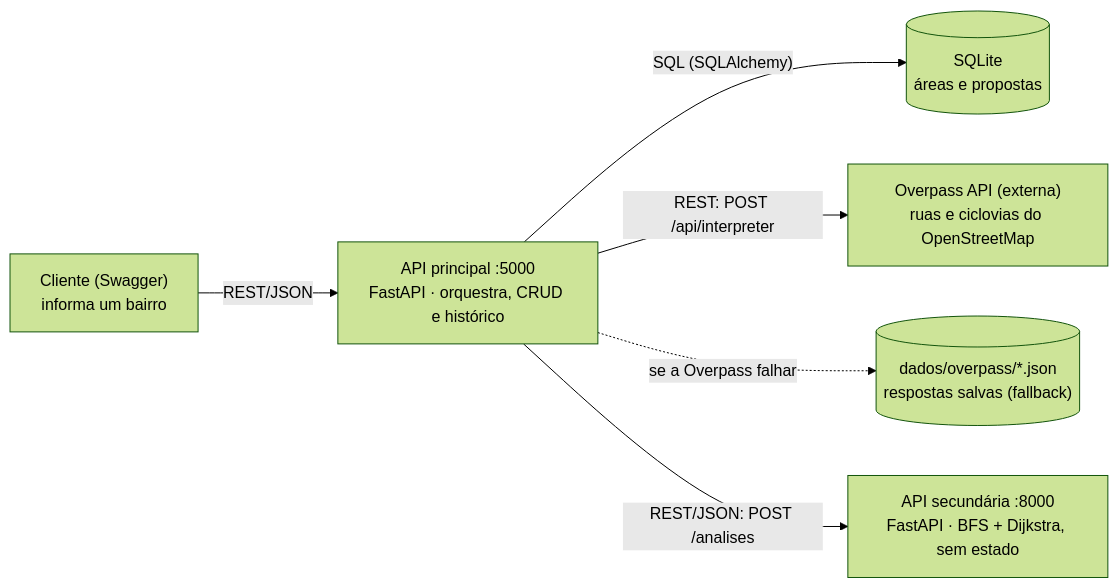
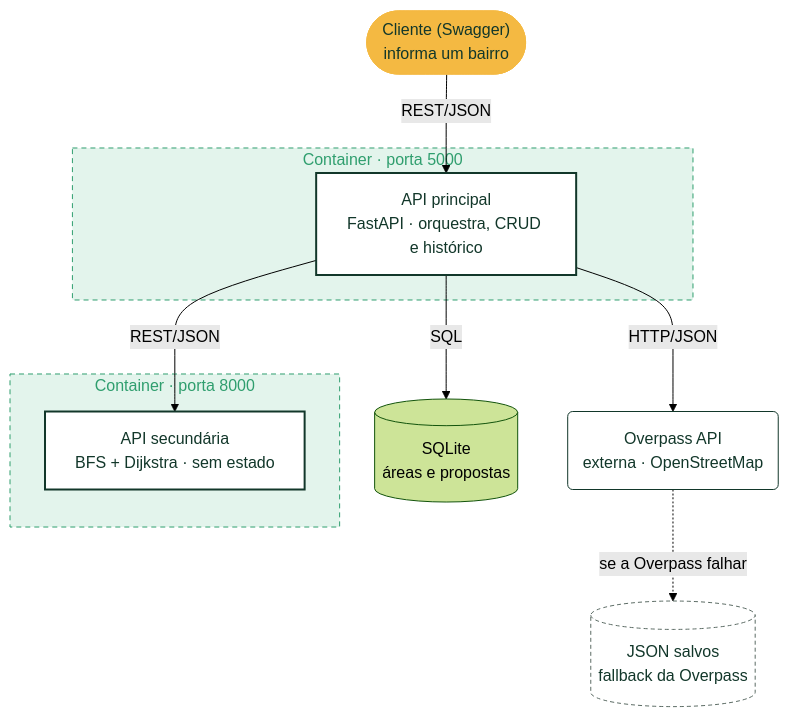
One commit to GabrielCalixt/conecta_ciclovias_api_principal changed the diagram in README.md. Above: the diagram before and after it, drawn with Mermaid (forest theme). The commit also changed other lines of this file and 3 other files, not shown here.

````diff
--- a/README.md
+++ b/README.md
@@ -15,15 +14,33 @@
 ```mermaid
-flowchart LR
-    cliente["Cliente (Swagger)<br/>informa um bairro"]
-    principal["API principal :5000<br/>FastAPI · orquestra, CRUD e histórico"]
+flowchart TB
+    cliente(["Cliente (Swagger)<br/>informa um bairro"])
+
+    subgraph c1["Container · porta 5000"]
+        principal["API principal<br/>FastAPI · orquestra, CRUD e histórico"]
+    end
+
+    subgraph c2["Container · porta 8000"]
+        secundaria["API secundária<br/>BFS + Dijkstra · sem estado"]
+    end
+
+    overpass("Overpass API<br/>externa · OpenStreetMap")
+    arquivos[("JSON salvos<br/>fallback da Overpass")]
     banco[("SQLite<br/>áreas e propostas")]
-    overpass["Overpass API (externa)<br/>ruas e ciclovias do OpenStreetMap"]
-    arquivos[("dados/overpass/*.json<br/>respostas salvas (fallback)")]
-    secundaria["API secundária :8000<br/>FastAPI · BFS + Dijkstra, sem estado"]
 
     cliente -- "REST/JSON" --> principal
-    principal -- "SQL (SQLAlchemy)" --> banco
-    principal -- "REST: POST /api/interpreter" --> overpass
-    principal -. "se a Overpass falhar" .-> arquivos
-    principal -- "REST/JSON: POST /analises" --> secundaria
+    principal -- "HTTP/JSON" --> overpass
+    principal -- "REST/JSON" --> secundaria
+    principal -- "SQL" --> banco
+    overpass -. "se a Overpass falhar" .-> arquivos
+
+    classDef cli fill:#F4B942,stroke:#F4B942,color:#12372A
+    classDef api fill:#FFFFFF,stroke:#12372A,color:#12372A,stroke-width:2px
+    classDef ext fill:#FFFFFF,stroke:#12372A,color:#12372A
+    classDef dado fill:#FFFFFF,stroke:#5B6B64,color:#12372A,stroke-dasharray:4 3
+    class cliente cli
+    class principal,secundaria api
+    class overpass ext
+    class arquivos dado
+    classDef cont fill:#E3F4EC,stroke:#2F9E6E,stroke-dasharray:5 4,color:#2F9E6E
+    class c1,c2 cont
 ```
````
